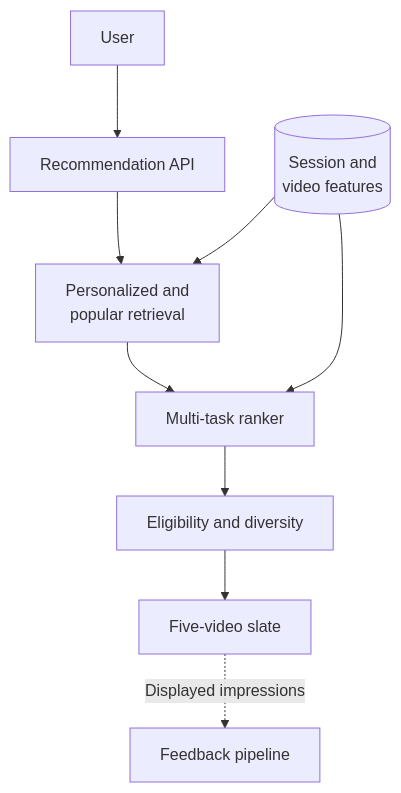
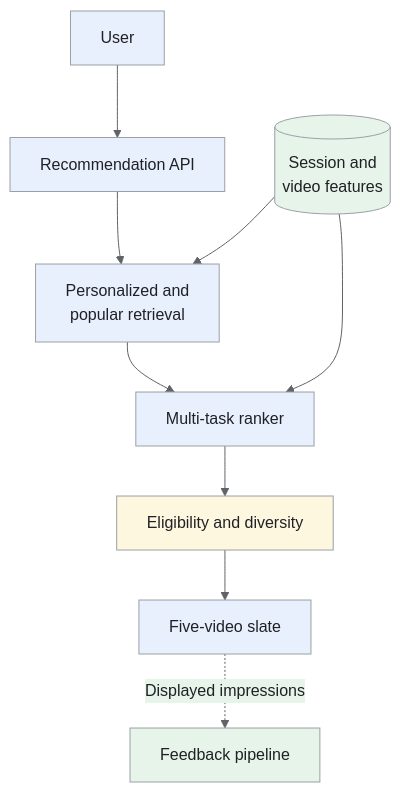
One commit to iliazlobin/iliazlobin.github.io changed the first of 3 diagrams in _designs/video-recommendations.md. Above: the diagram before and after it, drawn with Mermaid. The commit also changed other lines of this file and 25 other files, not shown here.

Commit message:
docs: explain Batch B design flows and tradeoffs

````diff
--- a/_designs/video-recommendations.md
+++ b/_designs/video-recommendations.md
@@ -118,11 +134,19 @@
 ```mermaid
+%%{init: {'theme':'base','themeVariables':{'primaryColor':'#e8f0fe','primaryTextColor':'#202124','primaryBorderColor':'#9aa0a6','lineColor':'#5f6368','secondaryColor':'#e6f4ea','tertiaryColor':'#fef7e0','actorBkg':'#e8f0fe','actorBorder':'#9aa0a6','actorTextColor':'#202124','noteBkgColor':'#fef7e0','noteTextColor':'#202124','noteBorderColor':'#9aa0a6','signalColor':'#5f6368','signalTextColor':'#202124','labelBoxBkgColor':'#fef7e0','labelBoxBorderColor':'#9aa0a6'}}}%%
 flowchart TB
     U["User"] --> API["Recommendation API"]
     API --> RET["Personalized and<br/>popular retrieval"]
     RET --> RANK["Multi-task ranker"]
     RANK --> SLATE["Eligibility and diversity"]
     SLATE --> OUT["Five-video slate"]
     F[("Session and<br/>video features")] --> RET
     F --> RANK
     OUT -.->|"Displayed impressions"| EVENTS["Feedback pipeline"]
+classDef request fill:#e8f0fe,stroke:#9aa0a6,color:#202124;
+classDef data fill:#e6f4ea,stroke:#9aa0a6,color:#202124;
+classDef control fill:#fef7e0,stroke:#9aa0a6,color:#202124;
+class U,API,RET,RANK,OUT request;
+class F,EVENTS data;
+class SLATE control;
+
 ```
````
